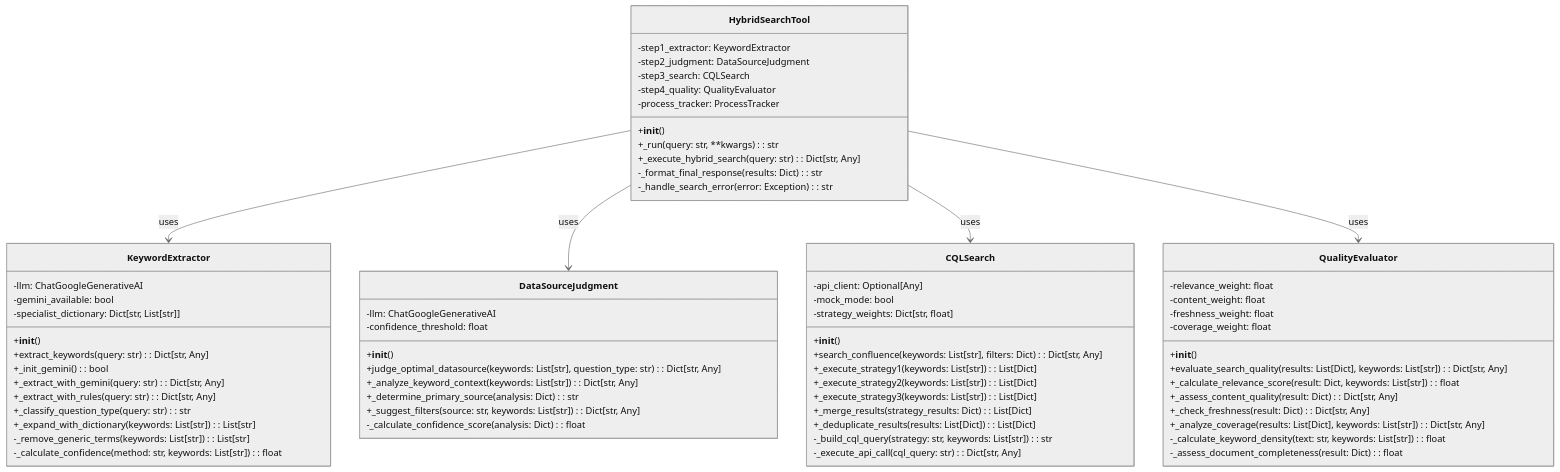
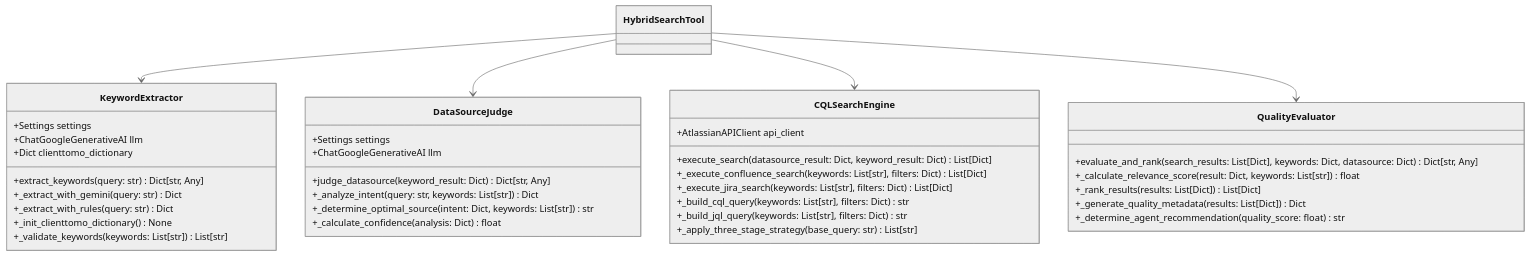
Before and after one commit to gucchon001/attratian_chatbot: the second of 7 diagrams in docs/SPEC-DS-005A クラス図設計書.md, drawn with Mermaid (neutral theme). The commit also changed other lines of this file and 9 other files, not shown here.

````diff
--- a/docs/SPEC-DS-005A クラス図設計書.md
+++ b/docs/SPEC-DS-005A クラス図設計書.md
@@ -106,76 +100,45 @@
 ```mermaid
 classDiagram
-    class HybridSearchTool {
-        -step1_extractor: KeywordExtractor
-        -step2_judgment: DataSourceJudgment
-        -step3_search: CQLSearch
-        -step4_quality: QualityEvaluator
-        -process_tracker: ProcessTracker
-        +__init__()
-        +_run(query: str, **kwargs): str
-        +_execute_hybrid_search(query: str): Dict[str, Any]
-        -_format_final_response(results: Dict): str
-        -_handle_search_error(error: Exception): str
+    class KeywordExtractor {
+        +Settings settings
+        +ChatGoogleGenerativeAI llm
+        +Dict clienttomo_dictionary
+        +extract_keywords(query: str) Dict[str, Any]
+        +_extract_with_gemini(query: str) Dict
+        +_extract_with_rules(query: str) Dict
+        +_init_clienttomo_dictionary() None
+        +_validate_keywords(keywords: List[str]) List[str]
+    }
+    
+    class DataSourceJudge {
+        +Settings settings  
+        +ChatGoogleGenerativeAI llm
+        +judge_datasource(keyword_result: Dict) Dict[str, Any]
+        +_analyze_intent(query: str, keywords: List[str]) Dict
+        +_determine_optimal_source(intent: Dict, keywords: List[str]) str
+        +_calculate_confidence(analysis: Dict) float
+    }
+    
+    class CQLSearchEngine {
+        +AtlassianAPIClient api_client
+        +execute_search(datasource_result: Dict, keyword_result: Dict) List[Dict]
+        +_execute_confluence_search(keywords: List[str], filters: Dict) List[Dict]
+        +_execute_jira_search(keywords: List[str], filters: Dict) List[Dict]
+        +_build_cql_query(keywords: List[str], filters: Dict) str
+        +_build_jql_query(keywords: List[str], filters: Dict) str
+        +_apply_three_stage_strategy(base_query: str) List[str]
+    }
+    
+    class QualityEvaluator {
+        +evaluate_and_rank(search_results: List[Dict], keywords: Dict, datasource: Dict) Dict[str, Any]
+        +_calculate_relevance_score(result: Dict, keywords: List[str]) float
+        +_rank_results(results: List[Dict]) List[Dict]
+        +_generate_quality_metadata(results: List[Dict]) Dict
+        +_determine_agent_recommendation(quality_score: float) str
     }
 
-    class KeywordExtractor {
-        -llm: ChatGoogleGenerativeAI
-        -gemini_available: bool
-        -specialist_dictionary: Dict[str, List[str]]
-        +__init__()
-        +extract_keywords(query: str): Dict[str, Any]
-        +_init_gemini(): bool
-        +_extract_with_gemini(query: str): Dict[str, Any]
-        +_extract_with_rules(query: str): Dict[str, Any]
-        +_classify_question_type(query: str): str
-        +_expand_with_dictionary(keywords: List[str]): List[str]
-        -_remove_generic_terms(keywords: List[str]): List[str]
-        -_calculate_confidence(method: str, keywords: List[str]): float
-    }
-
-    class DataSourceJudgment {
-        -llm: ChatGoogleGenerativeAI
-        -confidence_threshold: float
-        +__init__()
-        +judge_optimal_datasource(keywords: List[str], question_type: str): Dict[str, Any]
-        +_analyze_keyword_context(keywords: List[str]): Dict[str, Any]
-        +_determine_primary_source(analysis: Dict): str
-        +_suggest_filters(source: str, keywords: List[str]): Dict[str, Any]
-        -_calculate_confidence_score(analysis: Dict): float
-    }
-
-    class CQLSearch {
-        -api_client: Optional[Any]
-        -mock_mode: bool
-        -strategy_weights: Dict[str, float]
-        +__init__()
-        +search_confluence(keywords: List[str], filters: Dict): Dict[str, Any]
-        +_execute_strategy1(keywords: List[str]): List[Dict]
-        +_execute_strategy2(keywords: List[str]): List[Dict]
-        +_execute_strategy3(keywords: List[str]): List[Dict]
-        +_merge_results(strategy_results: Dict): List[Dict]
-        +_deduplicate_results(results: List[Dict]): List[Dict]
-        -_build_cql_query(strategy: str, keywords: List[str]): str
-        -_execute_api_call(cql_query: str): Dict[str, Any]
-    }
-
-    class QualityEvaluator {
-        -relevance_weight: float
-        -content_weight: float
-        -freshness_weight: float
-        -coverage_weight: float
-        +__init__()
-        +evaluate_search_quality(results: List[Dict], keywords: List[str]): Dict[str, Any]
-        +_calculate_relevance_score(result: Dict, keywords: List[str]): float
-        +_assess_content_quality(result: Dict): Dict[str, Any]
-        +_check_freshness(result: Dict): Dict[str, Any]
-        +_analyze_coverage(results: List[Dict], keywords: List[str]): Dict[str, Any]
-        -_calculate_keyword_density(text: str, keywords: List[str]): float
-        -_assess_document_completeness(result: Dict): float
-    }
-
-    HybridSearchTool --> KeywordExtractor : uses
-    HybridSearchTool --> DataSourceJudgment : uses
-    HybridSearchTool --> CQLSearch : uses
-    HybridSearchTool --> QualityEvaluator : uses
+    HybridSearchTool --> KeywordExtractor
+    HybridSearchTool --> DataSourceJudge
+    HybridSearchTool --> CQLSearchEngine
+    HybridSearchTool --> QualityEvaluator
 ```
````
